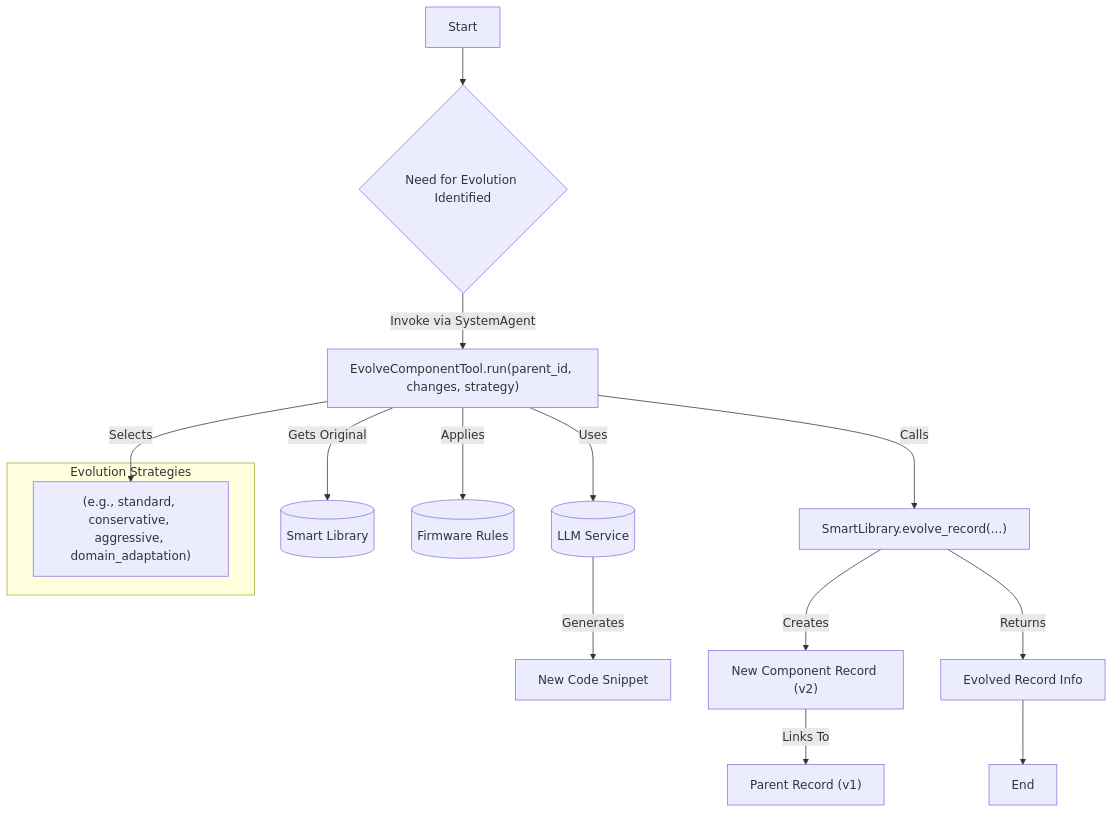
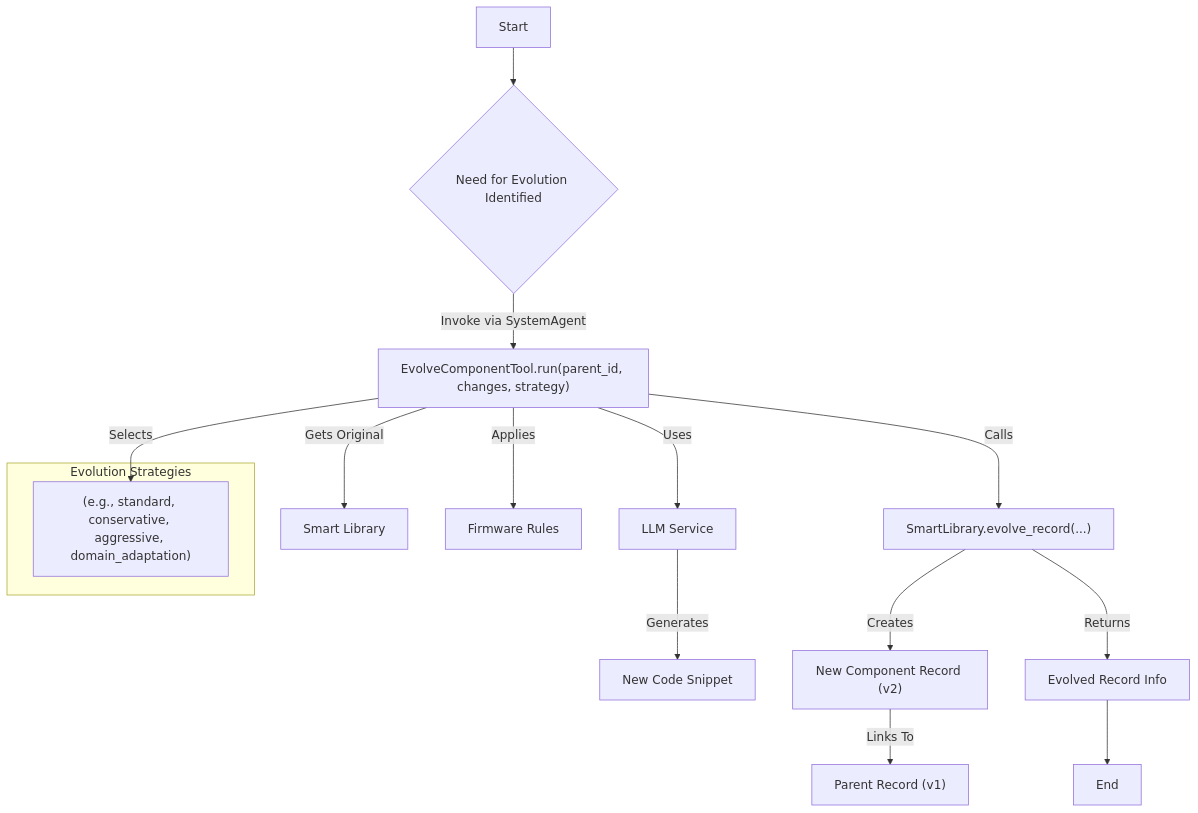
Before and after one commit to matiasmolinas/evolving-agents: the seventh of 7 diagrams in docs/ARCHITECTURE.md, drawn with Mermaid. The commit also changed other lines of this file and 1 other file, not shown here.

````diff
--- a/docs/ARCHITECTURE.md
+++ b/docs/ARCHITECTURE.md
@@ -281,19 +281,19 @@
 ```mermaid
 graph TD
     Start --> Need{Need for Evolution Identified}
     Need -->|Invoke via SystemAgent| ECT["EvolveComponentTool.run(parent_id, changes, strategy)"]
-    ECT -->|Gets Original| SL[("Smart Library")]
-    ECT -->|Uses| LLM[("LLM Service")]
-    ECT -->|Applies| FW[("Firmware Rules")]
+    ECT -->|Gets Original| SL["Smart Library"]
+    ECT -->|Uses| LLM["LLM Service"]
+    ECT -->|Applies| FW["Firmware Rules"]
     LLM -->|Generates| NewCode["New Code Snippet"]
     ECT -->|Calls| SLevolve["SmartLibrary.evolve_record(...)"]
     SLevolve -->|Creates| NewRecord["New Component Record (v2)"]
     NewRecord -->|Links To| ParentRecord["Parent Record (v1)"]
     SLevolve -->|Returns| EvolvedInfo["Evolved Record Info"]
     EvolvedInfo --> End
 
     subgraph Evolution Strategies
         strategy["(e.g., standard, conservative, aggressive, domain_adaptation)"]
     end
     ECT -->|Selects| strategy
 ```
````
